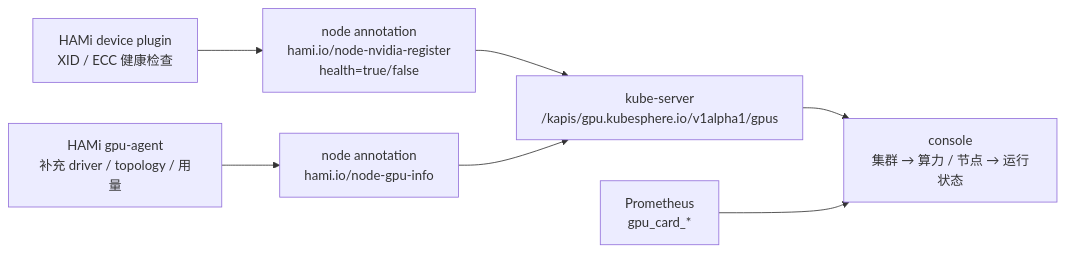
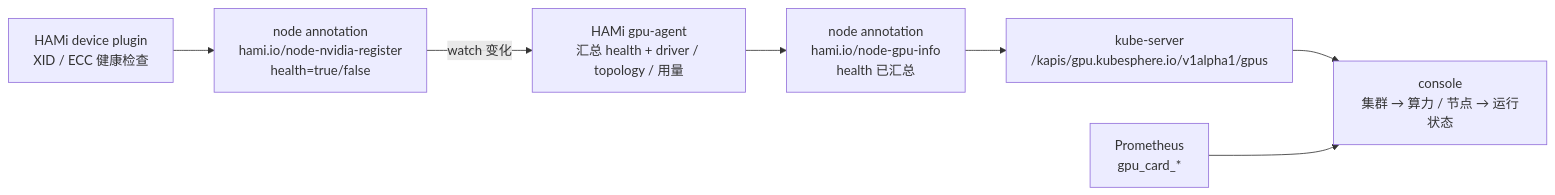
Before and after one commit to Kube-AI-Hub/console: the diagram in prd/cluster-gpu/_index.md, drawn with Mermaid. The commit also changed other lines of this file and 5 other files, not shown here.

First line of the commit message:
docs(cluster-gpu): gpu-agent owns the register scan, kube-server reads one source

````diff
--- a/prd/cluster-gpu/_index.md
+++ b/prd/cluster-gpu/_index.md
@@ -30,9 +30,9 @@
 ```mermaid
 flowchart LR
   dp["HAMi device plugin<br/>XID / ECC 健康检查"] --> reg["node annotation<br/>hami.io/node-nvidia-register<br/>health=true/false"]
-  agent["HAMi gpu-agent<br/>补充 driver / topology / 用量"] --> info["node annotation<br/>hami.io/node-gpu-info"]
-  reg --> api["kube-server<br/>/kapis/gpu.kubesphere.io/v1alpha1/gpus"]
-  info --> api
+  agent["HAMi gpu-agent<br/>汇总 health + driver / topology / 用量"] --> info["node annotation<br/>hami.io/node-gpu-info<br/>health 已汇总"]
+  reg -->|"watch 变化"| agent
+  info --> api["kube-server<br/>/kapis/gpu.kubesphere.io/v1alpha1/gpus"]
   api --> page["console<br/>集群 → 算力 / 节点 → 运行状态"]
   prom["Prometheus<br/>gpu_card_*"] --> page
 ```
````
